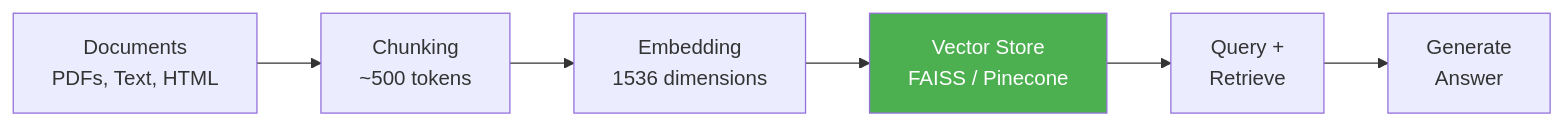
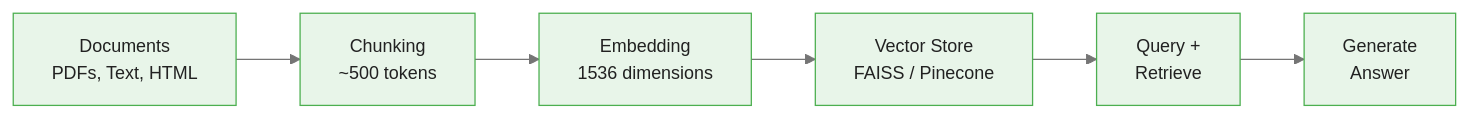
Before and after one commit to m-deane/course-creator: the first of 5 diagrams in courses/dataiku-genai/modules/module_02_rag/guides/01_knowledge_banks_slides.md, drawn with Mermaid. The commit also changed other lines of this file and 54 other files, not shown here.

````diff
--- a/courses/dataiku-genai/modules/module_02_rag/guides/01_knowledge_banks_slides.md
+++ b/courses/dataiku-genai/modules/module_02_rag/guides/01_knowledge_banks_slides.md
@@ -25,10 +25,9 @@
 ```mermaid
+%%{init: {"theme": "base", "themeVariables": {"primaryColor": "#e8f5e9", "primaryBorderColor": "#4caf50", "primaryTextColor": "#212121", "secondaryColor": "#e3f2fd", "tertiaryColor": "#fff8e1", "lineColor": "#757575", "fontFamily": "Inter, sans-serif", "fontSize": "14px"}}}%%
 flowchart LR
     DOCS[Documents<br/>PDFs, Text, HTML] --> CHUNK[Chunking<br/>~500 tokens]
     CHUNK --> EMBED[Embedding<br/>1536 dimensions]
     EMBED --> STORE[Vector Store<br/>FAISS / Pinecone]
     STORE --> QUERY[Query +<br/>Retrieve]
     QUERY --> GEN[Generate<br/>Answer]
-
-    style STORE fill:#4CAF50,color:#fff
 ```
````
